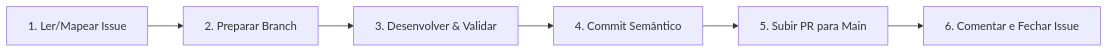
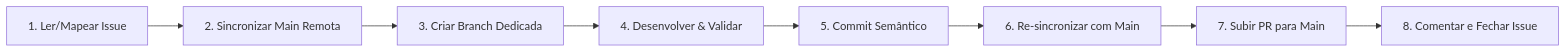
Before and after one commit to yurinogueira/PS: the diagram in .agents/skills/ps-workflow/SKILL.md, drawn with Mermaid. The commit also changed other lines of this file, not shown here.

Commit message:
chore(workflow): enforce mandatory main sync before branching and PR

````diff
--- a/.agents/skills/ps-workflow/SKILL.md
+++ b/.agents/skills/ps-workflow/SKILL.md
@@ -18,8 +18,10 @@
 ```mermaid
 flowchart LR
-    A[1. Ler/Mapear Issue] --> B[2. Preparar Branch]
-    B --> C[3. Desenvolver & Validar]
-    C --> D[4. Commit Semântico]
-    D --> E[5. Subir PR para Main]
-    E --> F[6. Comentar e Fechar Issue]
+    A[1. Ler/Mapear Issue] --> B[2. Sincronizar Main Remota]
+    B --> C[3. Criar Branch Dedicada]
+    C --> D[4. Desenvolver & Validar]
+    D --> E[5. Commit Semântico]
+    E --> F[6. Re-sincronizar com Main]
+    F --> G[7. Subir PR para Main]
+    G --> H[8. Comentar e Fechar Issue]
 ```
````
